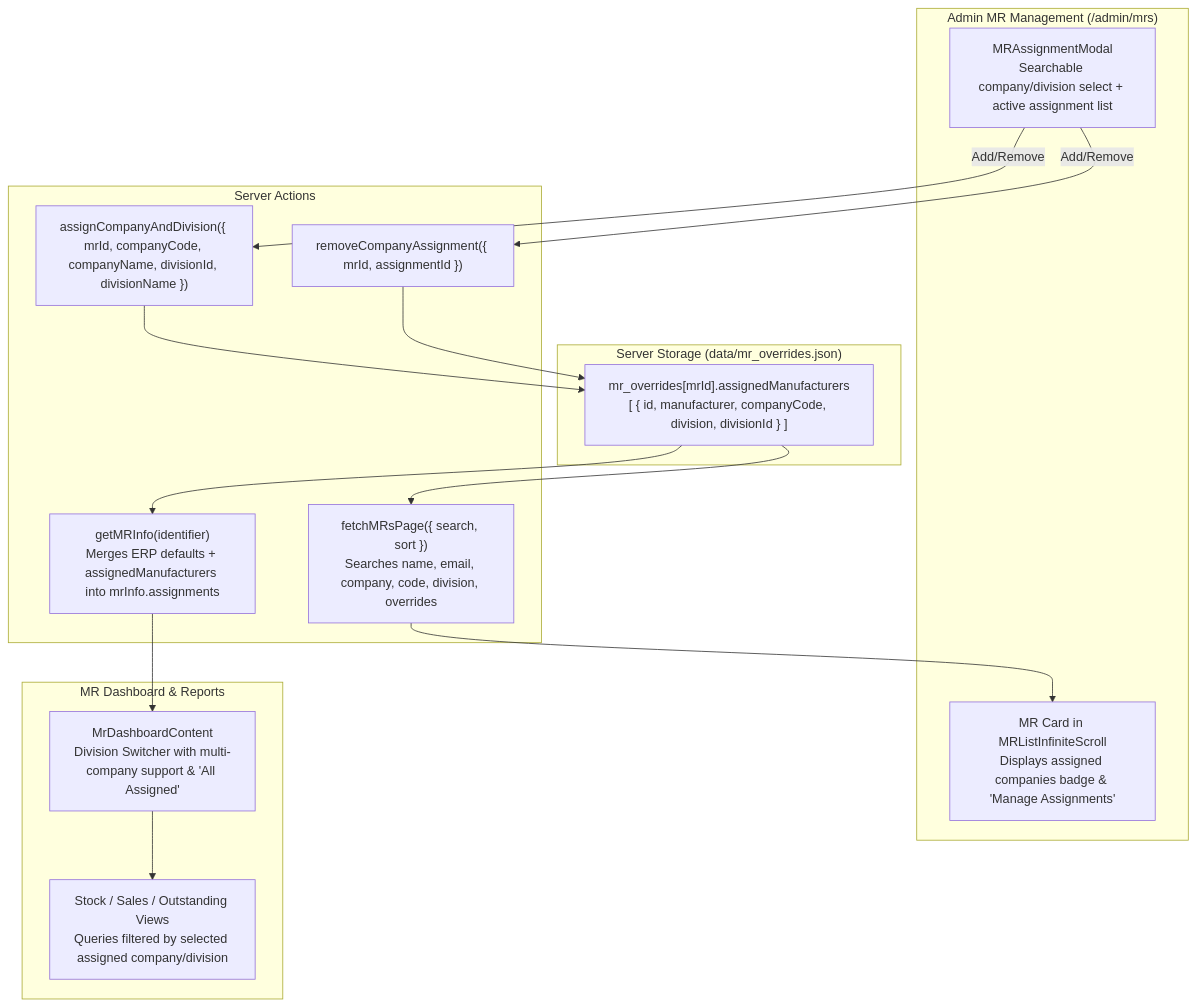
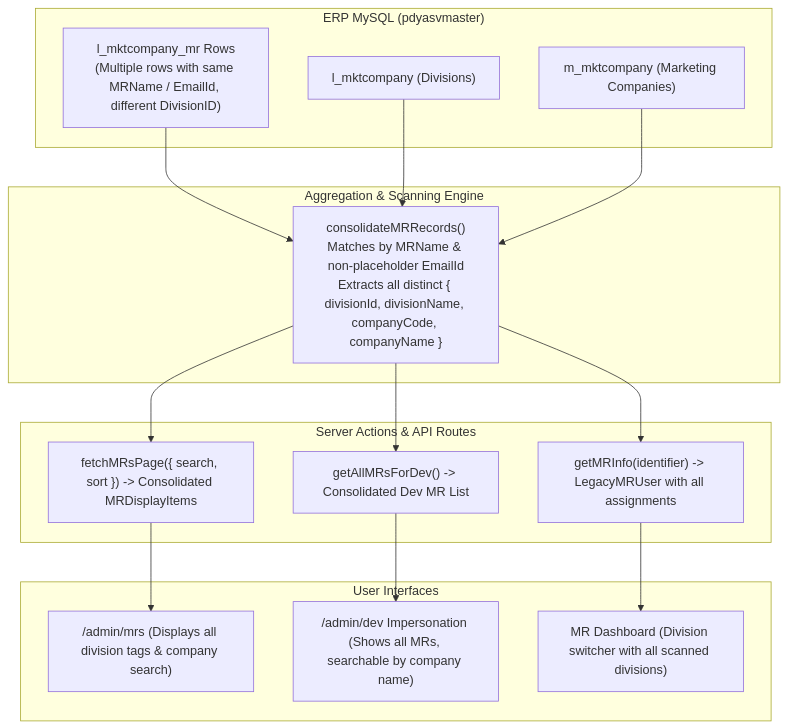
The diagram in .planning/phases/28-multi-division-company-assignment/28-PLAN.md (Devfinity-Studio/pharmaql), drawn with Mermaid before and after one commit. The commit also changed other lines of this file and 3 other files, not shown here.

Commit message:
docs: align phase 28 planning with automated database scanning of multiple mr division entries

````diff
--- a/.planning/phases/28-multi-division-company-assignment/28-PLAN.md
+++ b/.planning/phases/28-multi-division-company-assignment/28-PLAN.md
@@ -10,28 +10,30 @@
 ```mermaid
 flowchart TD
-    subgraph Storage ["Server Storage (data/mr_overrides.json)"]
-        Overrides["mr_overrides[mrId].assignedManufacturers<br/>[ { id, manufacturer, companyCode, division, divisionId } ]"]
+    subgraph Database ["ERP MySQL (pdyasvmaster)"]
+        MRRows["l_mktcompany_mr Rows<br/>(Multiple rows with same MRName / EmailId, different DivisionID)"]
+        Divisions["l_mktcompany (Divisions)"]
+        Companies["m_mktcompany (Marketing Companies)"]
     end
 
-    subgraph Actions ["Server Actions"]
-        GetMRInfo["getMRInfo(identifier)<br/>Merges ERP defaults + assignedManufacturers into mrInfo.assignments"]
-        FetchMRsPage["fetchMRsPage({ search, sort })<br/>Searches name, email, company, code, division, overrides"]
-        AssignAction["assignCompanyAndDivision({ mrId, companyCode, companyName, divisionId, divisionName })"]
-        RemoveAction["removeCompanyAssignment({ mrId, assignmentId })"]
+    subgraph Aggregation ["Aggregation & Scanning Engine"]
+        Scanner["consolidateMRRecords()<br/>Matches by MRName & non-placeholder EmailId<br/>Extracts all distinct { divisionId, divisionName, companyCode, companyName }"]
     end
 
-    subgraph AdminUI ["Admin MR Management (/admin/mrs)"]
-        MRCard["MR Card in MRListInfiniteScroll<br/>Displays assigned companies badge & 'Manage Assignments'"]
-        Modal["MRAssignmentModal<br/>Searchable company/division select + active assignment list"]
+    subgraph Backend ["Server Actions & API Routes"]
+        GetMRInfo["getMRInfo(identifier) -> LegacyMRUser with all assignments"]
+        FetchMRsPage["fetchMRsPage({ search, sort }) -> Consolidated MRDisplayItems"]
+        GetAllMRsForDev["getAllMRsForDev() -> Consolidated Dev MR List"]
     end
 
-    subgraph MRUI ["MR Dashboard & Reports"]
-        Dashboard["MrDashboardContent<br/>Division Switcher with multi-company support & 'All Assigned'"]
-        Reports["Stock / Sales / Outstanding Views<br/>Queries filtered by selected assigned company/division"]
+    subgraph UI ["User Interfaces"]
+        AdminList["/admin/mrs (Displays all division tags & company search)"]
+        DevImpersonate["/admin/dev Impersonation (Shows all MRs, searchable by company name)"]
+        MRDashboard["MR Dashboard (Division switcher with all scanned divisions)"]
     end
 
-    Modal -->|Add/Remove| AssignAction & RemoveAction --> Overrides
-    Overrides --> GetMRInfo & FetchMRsPage
-    GetMRInfo --> Dashboard --> Reports
-    FetchMRsPage --> MRCard
+    MRRows & Divisions & Companies --> Scanner
+    Scanner --> GetMRInfo & FetchMRsPage & GetAllMRsForDev
+    FetchMRsPage --> AdminList
+    GetAllMRsForDev --> DevImpersonate
+    GetMRInfo --> MRDashboard
 ```
````
